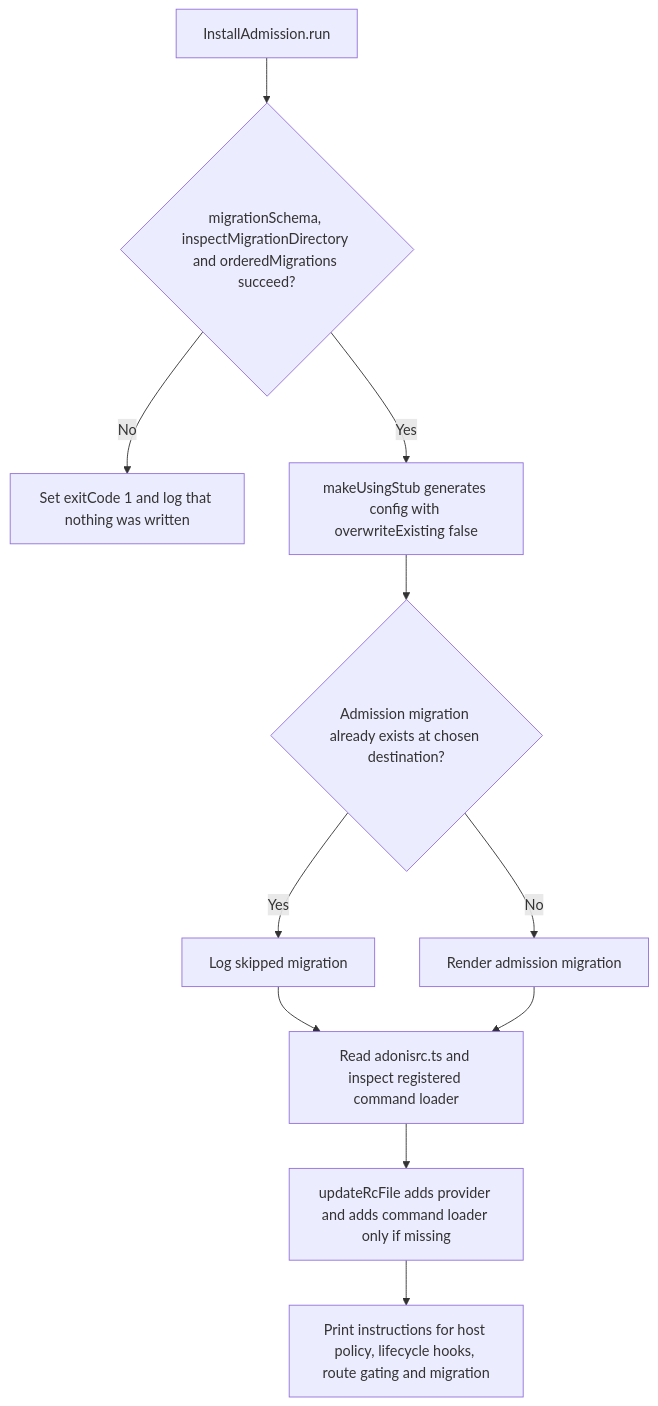
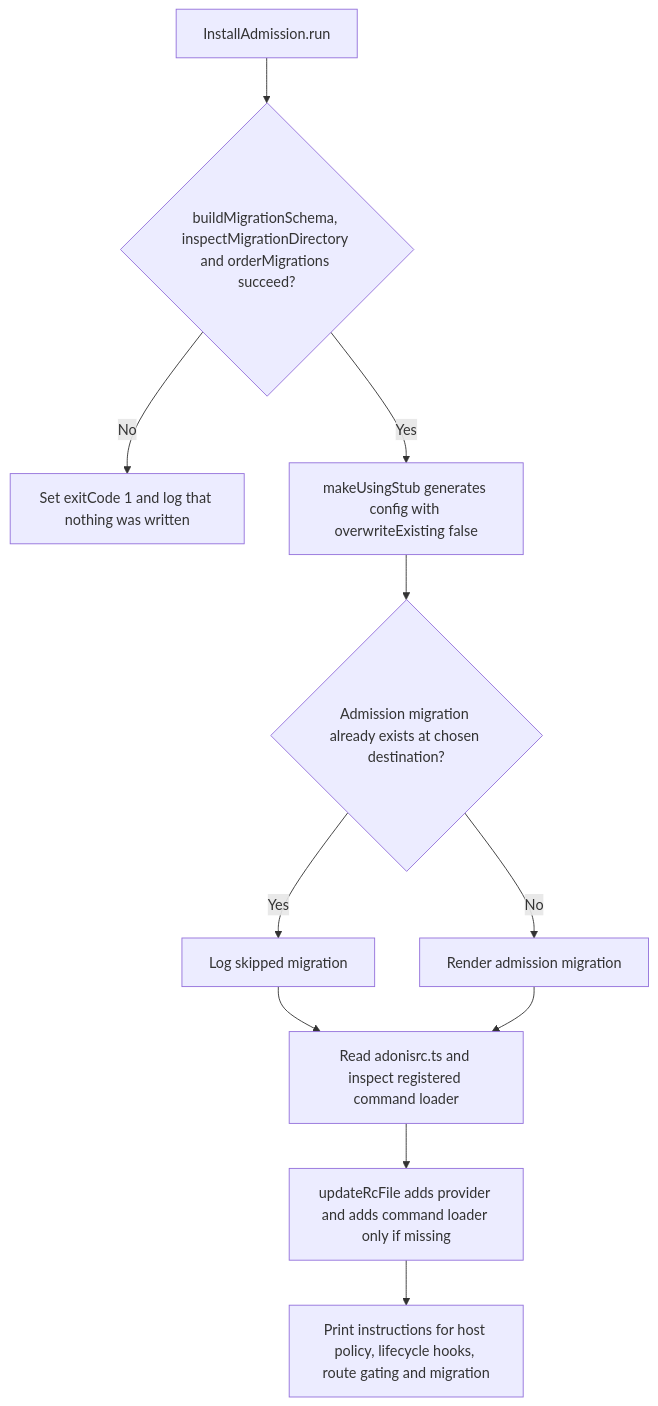
The second of 2 diagrams in user-stories/US-ACCOUNT-28-install-admission.md (Kevinjohn/oss-adonisjs-account-kit), drawn with Mermaid before and after one commit. The commit also changed 29 other files, not shown here.

````diff
--- a/user-stories/US-ACCOUNT-28-install-admission.md
+++ b/user-stories/US-ACCOUNT-28-install-admission.md
@@ -33,13 +33,13 @@
 ```mermaid
 flowchart TD
- A["InstallAdmission.run"] --> B{"migrationSchema, inspectMigrationDirectory and orderedMigrations succeed?"}
+ A["InstallAdmission.run"] --> B{"buildMigrationSchema, inspectMigrationDirectory and orderMigrations succeed?"}
  B -->|No| C["Set exitCode 1 and log that nothing was written"]
  B -->|Yes| D["makeUsingStub generates config with overwriteExisting false"]
  D --> E{"Admission migration already exists at chosen destination?"}
  E -->|Yes| F["Log skipped migration"]
  E -->|No| G["Render admission migration"]
  F --> H["Read adonisrc.ts and inspect registered command loader"]
  G --> H
  H --> I["updateRcFile adds provider and adds command loader only if missing"]
  I --> J["Print instructions for host policy, lifecycle hooks, route gating and migration"]
 ```
````
